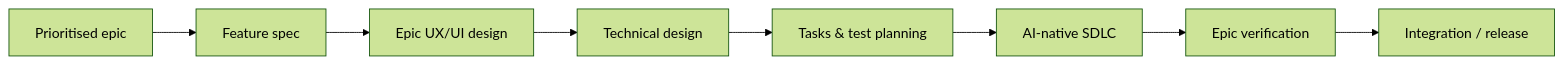
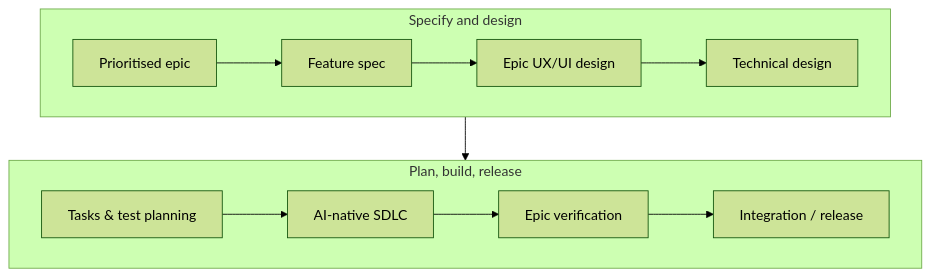
Before and after one commit to huynguyennang-agilityio/tripmate-docs: the second of 3 diagrams in product-workflow.md, drawn with Mermaid (forest theme). The commit also changed other lines of this file and 6 other files, not shown here.

First line of the commit message:
Add README; readability pass with diagrams (PRD v1.8, roadmap v1.8, vision v1.5, glossary v1.5, workflow v2.2)

````diff
--- a/product-workflow.md
+++ b/product-workflow.md
@@ -53,6 +53,12 @@
 ```mermaid
-flowchart LR
-    A[Prioritised epic] --> B[Feature spec] --> C[Epic UX/UI design]
-    C --> D[Technical design] --> E[Tasks & test planning]
-    E --> F[AI-native SDLC] --> G[Epic verification] --> H[Integration / release]
+flowchart TB
+    subgraph Specify["Specify and design"]
+        direction LR
+        A[Prioritised epic] --> B[Feature spec] --> C[Epic UX/UI design] --> D[Technical design]
+    end
+    subgraph Deliver["Plan, build, release"]
+        direction LR
+        E[Tasks & test planning] --> F[AI-native SDLC] --> G[Epic verification] --> H[Integration / release]
+    end
+    Specify --> Deliver
 ```
````
